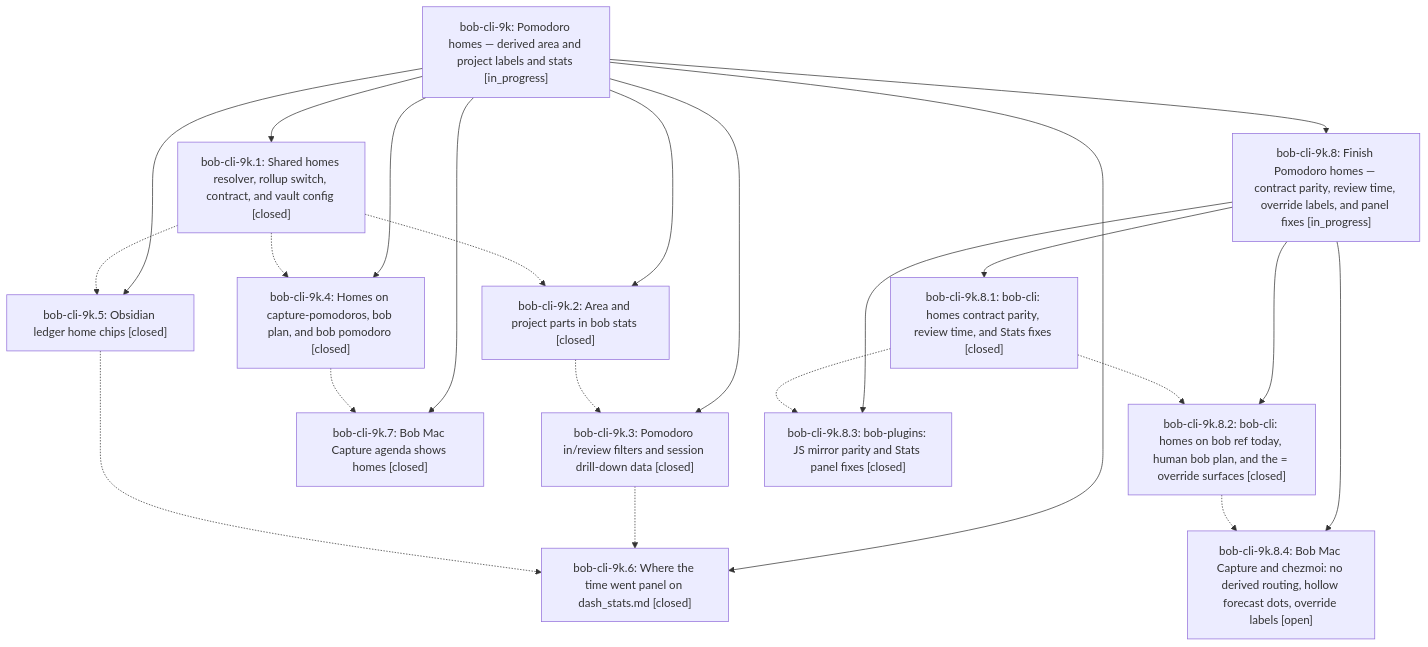
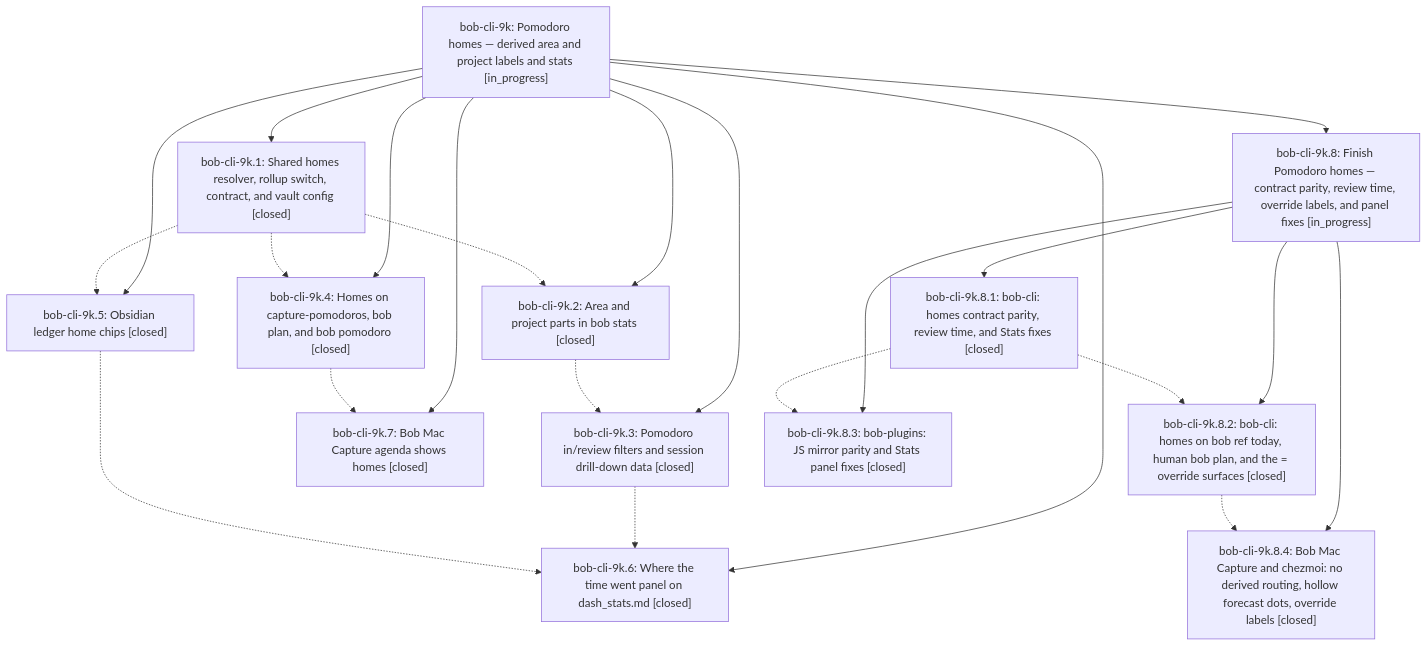
One commit to bobs-org/bob-cli--beads changed the diagram in pages/bob-cli-9k/README.md. Above: the diagram before and after it, drawn with Mermaid. The commit also changed other lines of this file and 8 other files, not shown here.

First line of the commit message:
chore(beads): sync bead state and pages for bob-cli-9k

````diff
--- a/pages/bob-cli-9k/README.md
+++ b/pages/bob-cli-9k/README.md
@@ -48,38 +48,38 @@
 ```mermaid
 flowchart TD
     n0["bob-cli-9k: Pomodoro homes — derived area and project labels and stats [in_progress]"]
     n1["bob-cli-9k.1: Shared homes resolver, rollup switch, contract, and vault config [closed]"]
     n2["bob-cli-9k.2: Area and project parts in bob stats [closed]"]
     n3["bob-cli-9k.3: Pomodoro in/review filters and session drill-down data [closed]"]
     n4["bob-cli-9k.4: Homes on capture-pomodoros, bob plan, and bob pomodoro [closed]"]
     n5["bob-cli-9k.5: Obsidian ledger home chips [closed]"]
     n6["bob-cli-9k.6: Where the time went panel on dash_stats.md [closed]"]
     n7["bob-cli-9k.7: Bob Mac Capture agenda shows homes [closed]"]
     n8["bob-cli-9k.8: Finish Pomodoro homes — contract parity, review time, override labels, and panel fixes [in_progress]"]
     n9["bob-cli-9k.8.1: bob-cli: homes contract parity, review time, and Stats fixes [closed]"]
     n10["bob-cli-9k.8.2: bob-cli: homes on bob ref today, human bob plan, and the = override surfaces [closed]"]
     n11["bob-cli-9k.8.3: bob-plugins: JS mirror parity and Stats panel fixes [closed]"]
-    n12["bob-cli-9k.8.4: Bob Mac Capture and chezmoi: no derived routing, hollow forecast dots, override labels [open]"]
+    n12["bob-cli-9k.8.4: Bob Mac Capture and chezmoi: no derived routing, hollow forecast dots, override labels [closed]"]
     n0 --> n1
     n0 --> n2
     n0 --> n3
     n0 --> n4
     n0 --> n5
     n0 --> n6
     n0 --> n7
     n0 --> n8
     n8 --> n9
     n8 --> n10
     n8 --> n11
     n8 --> n12
     n1 -.-> n2
     n1 -.-> n4
     n1 -.-> n5
     n2 -.-> n3
     n3 -.-> n6
     n4 -.-> n7
     n5 -.-> n6
     n9 -.-> n10
     n9 -.-> n11
     n10 -.-> n12
 ```
````
